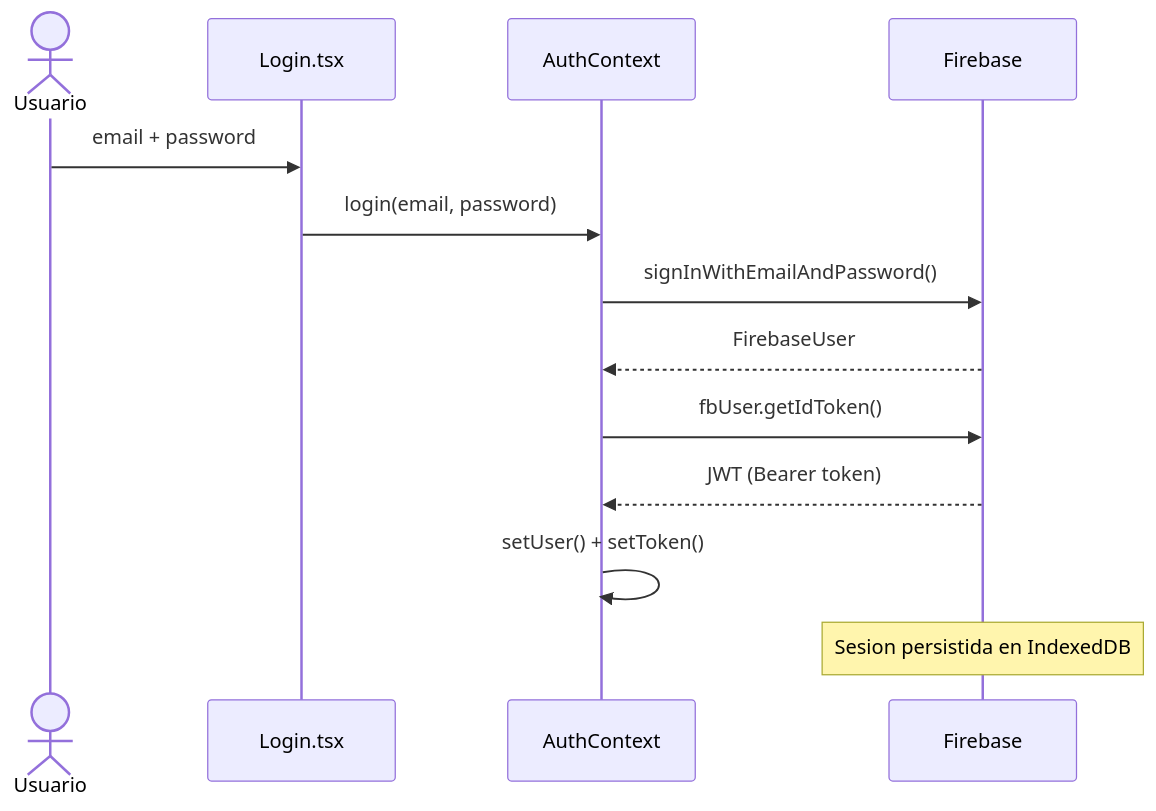
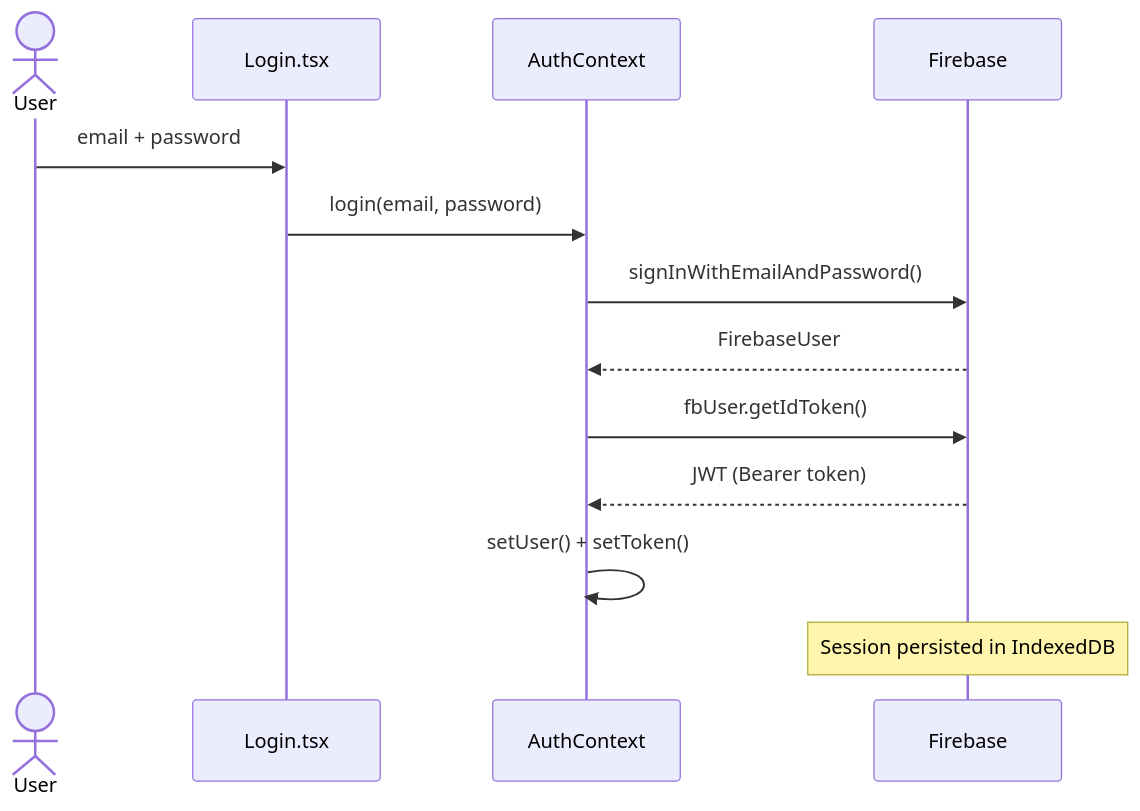
Before and after one commit to web-development-SOP/capstone: the diagram in README.md, drawn with Mermaid. The commit also changed other lines of this file and 5 other files, not shown here.

````diff
--- a/README.md
+++ b/README.md
@@ -47,16 +111,16 @@
 ```mermaid
 sequenceDiagram
-    actor U as Usuario
+    actor U as User
     participant L as Login.tsx
     participant A as AuthContext
     participant F as Firebase
 
     U->>L: email + password
     L->>A: login(email, password)
     A->>F: signInWithEmailAndPassword()
     F-->>A: FirebaseUser
     A->>F: fbUser.getIdToken()
     F-->>A: JWT (Bearer token)
     A->>A: setUser() + setToken()
-    Note over F: Sesion persistida en IndexedDB
+    Note over F: Session persisted in IndexedDB
 ```
````
